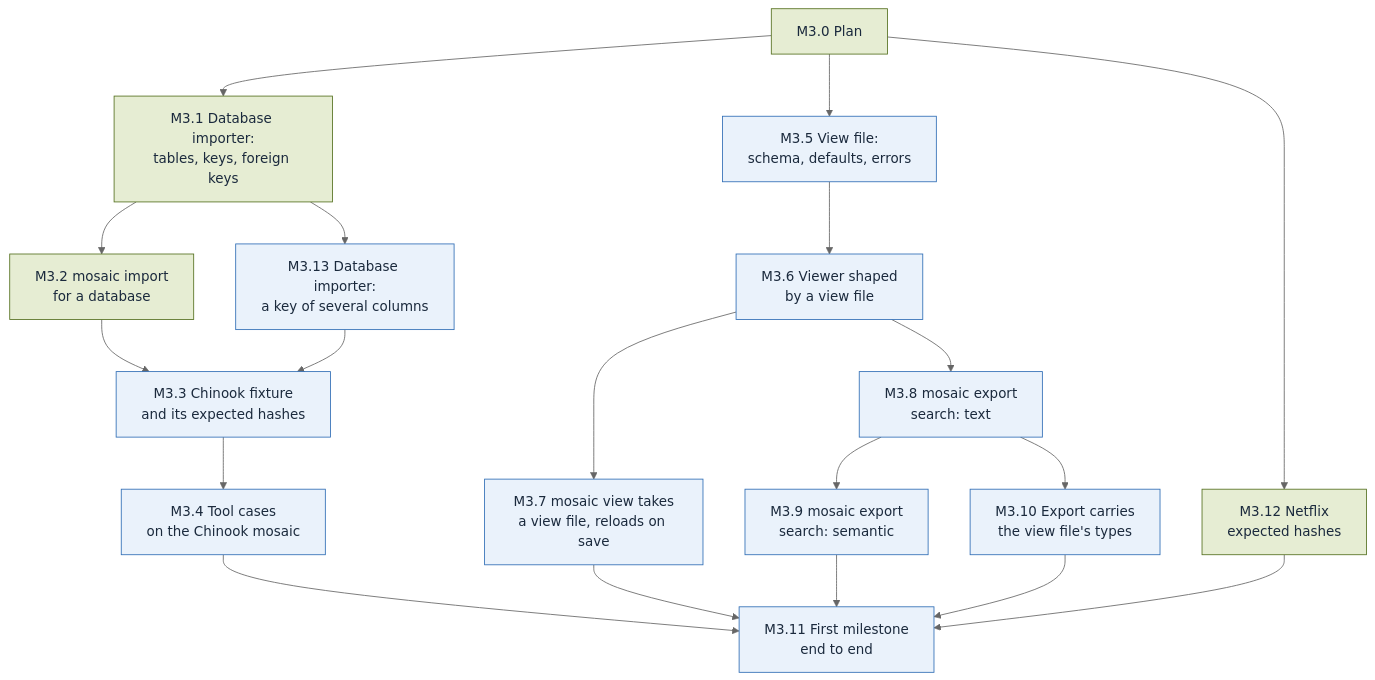
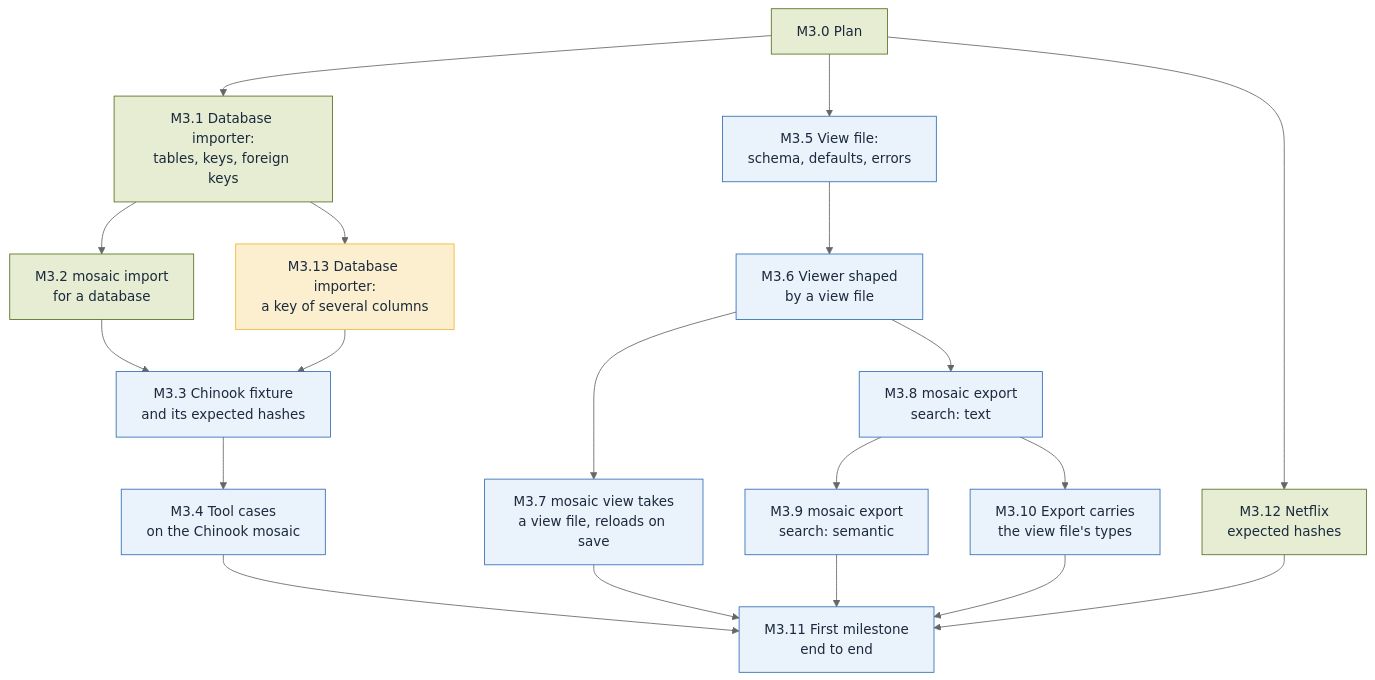
The diagram in plan/M3.md (alcjor/Mosaic), drawn with Mermaid (neutral theme) before and after one commit.

Commit message:
M3.13 Park: the question on a key of several columns
Claude-Session: https://claude.ai/code/session_01KJNfPriMsbMzvono8cxfvB

````diff
--- a/plan/M3.md
+++ b/plan/M3.md
@@ -3,40 +3,41 @@
 ```mermaid
 flowchart TD
   M3_0["M3.0 Plan"]
   M3_1["M3.1 Database importer:<br/>tables, keys, foreign keys"]
   M3_2["M3.2 mosaic import<br/>for a database"]
   M3_3["M3.3 Chinook fixture<br/>and its expected hashes"]
   M3_4["M3.4 Tool cases<br/>on the Chinook mosaic"]
   M3_5["M3.5 View file:<br/>schema, defaults, errors"]
   M3_6["M3.6 Viewer shaped<br/>by a view file"]
   M3_7["M3.7 mosaic view takes<br/>a view file, reloads on save"]
   M3_8["M3.8 mosaic export<br/>search: text"]
   M3_9["M3.9 mosaic export<br/>search: semantic"]
   M3_10["M3.10 Export carries<br/>the view file's types"]
   M3_11["M3.11 First milestone<br/>end to end"]
   M3_12["M3.12 Netflix<br/>expected hashes"]
   M3_13["M3.13 Database importer:<br/>a key of several columns"]
   M3_0 --> M3_1
   M3_1 --> M3_2
   M3_2 --> M3_3
   M3_3 --> M3_4
   M3_0 --> M3_5
   M3_5 --> M3_6
   M3_6 --> M3_7
   M3_6 --> M3_8
   M3_8 --> M3_9
   M3_8 --> M3_10
   M3_4 --> M3_11
   M3_7 --> M3_11
   M3_9 --> M3_11
   M3_10 --> M3_11
   M3_0 --> M3_12
   M3_12 --> M3_11
   M3_1 --> M3_13
   M3_13 --> M3_3
   classDef done fill:#E6EDD3,stroke:#55701F,color:#1B2A3D
   classDef todo fill:#EAF2FB,stroke:#2F6DB5,color:#1B2A3D
   classDef parked fill:#FCEFCF,stroke:#F2B630,color:#1B2A3D
   class M3_0,M3_1,M3_2,M3_12 done
-  class M3_3,M3_4,M3_5,M3_6,M3_7,M3_8,M3_9,M3_10,M3_11,M3_13 todo
+  class M3_3,M3_4,M3_5,M3_6,M3_7,M3_8,M3_9,M3_10,M3_11 todo
+  class M3_13 parked
 ```
````
